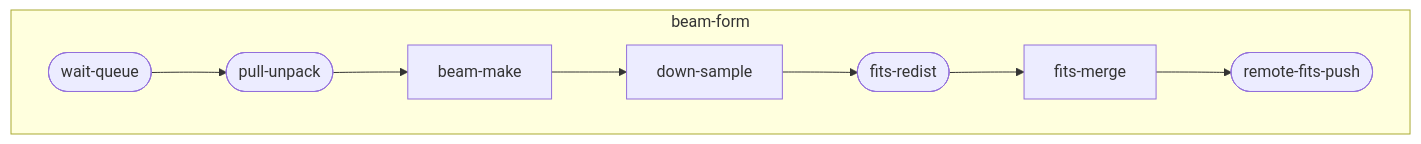
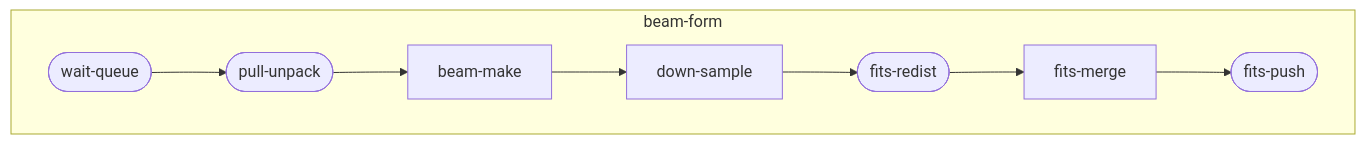
Before and after one commit to kaichao/app-mwa: the diagram in pipelines/beam-form/app/README.md, drawn with Mermaid. The commit also changed other lines of this file and 22 other files, not shown here.

````diff
--- a/pipelines/beam-form/app/README.md
+++ b/pipelines/beam-form/app/README.md
@@ -3,11 +3,11 @@
 ```mermaid
 flowchart TD
   subgraph beam-form
     A([wait-queue]) --> B([pull-unpack])
     B --> C[beam-make]
     C --> D[down-sample]
     D --> E([fits-redist])
     E --> F[fits-merge]
-    F --> G([remote-fits-push])
+    F --> G([fits-push])
   end
 ```
````
